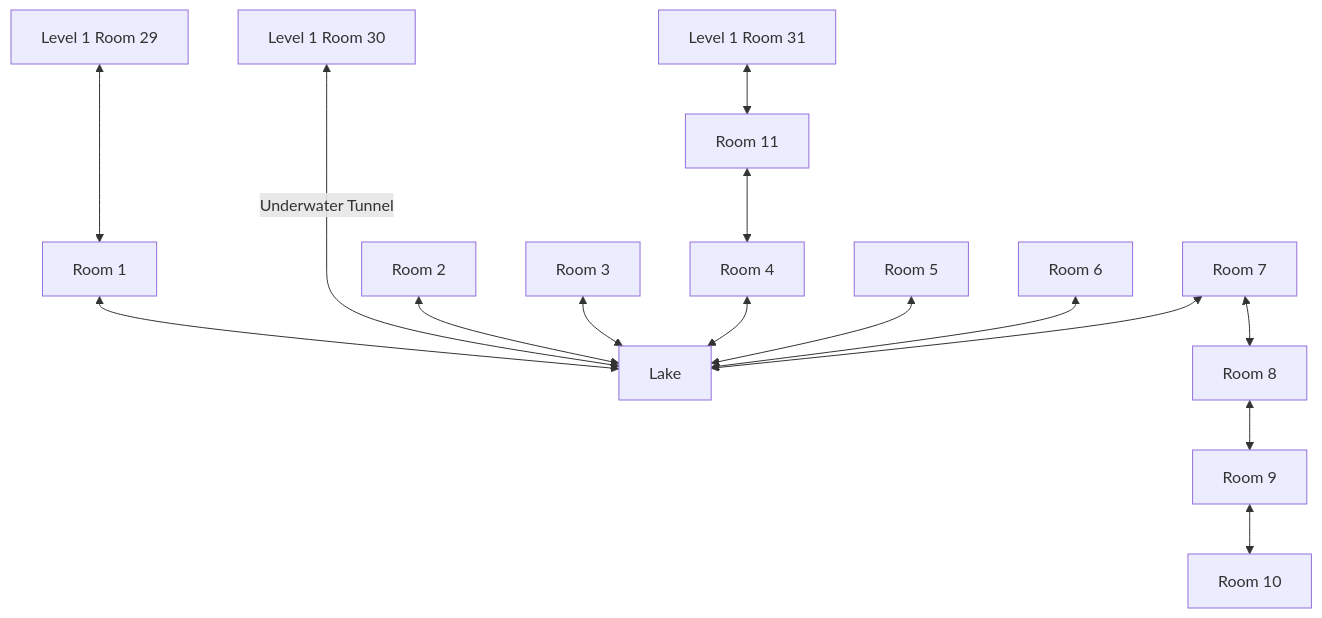
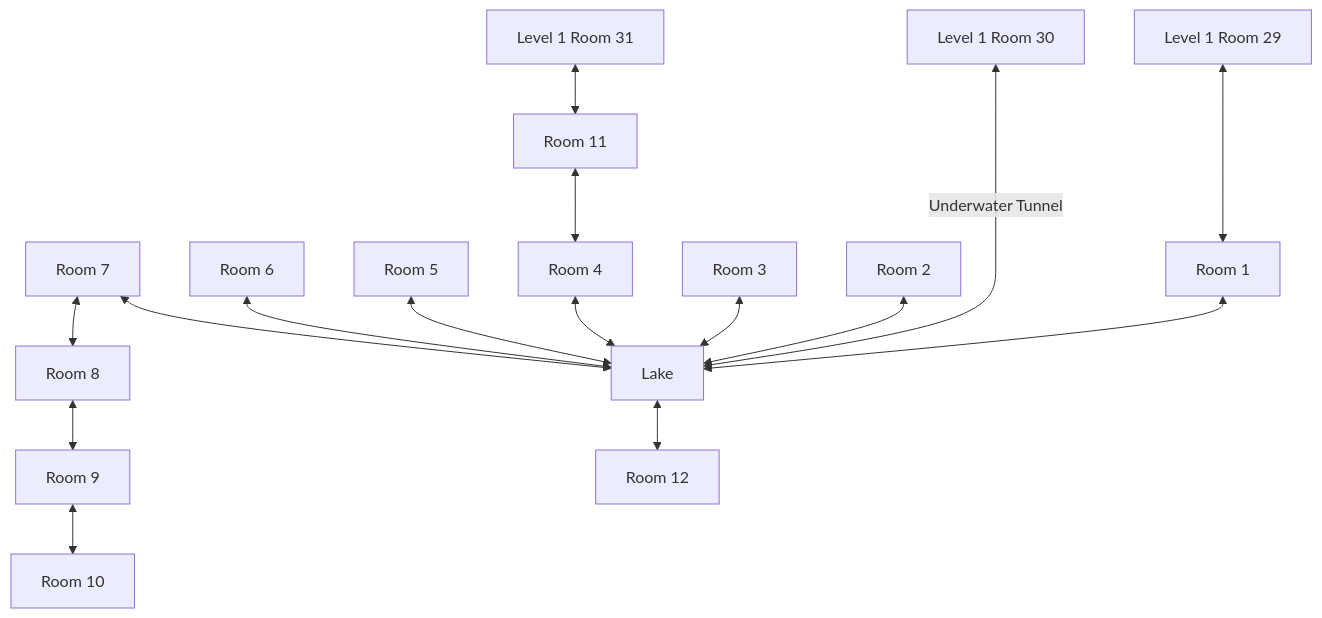
One commit to SlothBorg/Dungeon23 changed the diagram in Dungeon/Level_02/README.md. Above: the diagram before and after it, drawn with Mermaid. The commit also changed 3 other files, not shown here.

````diff
--- a/Dungeon/Level_02/README.md
+++ b/Dungeon/Level_02/README.md
@@ -3,17 +3,18 @@
 ```mermaid
 flowchart TD
     A29[Level 1 Room 29] <---> B1[Room 1]
     B1 <--> La[Lake]
     A30[Level 1 Room 30] <-- Underwater Tunnel ----> La
     B2[Room 2] <--> La
     B3[Room 3] <--> La
     B4[Room 4] <--> La
     B5[Room 5] <--> La
     B6[Room 6] <--> La
     B7[Room 7] <--> La
     B7 <--> B8[Room 8]
     B8 <--> B9[Room 9]
     B9 <--> B10[Room 10]
     A31[Level 1 Room 31] <--> B11[Room 11] <--> B4
+    La <--> B12[Room 12]
     
 ```
````
